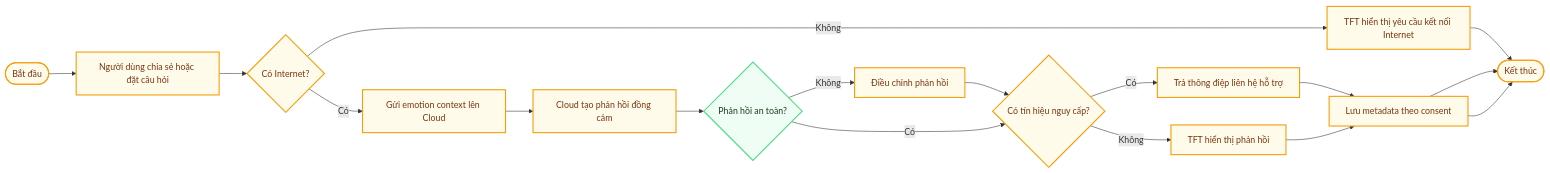
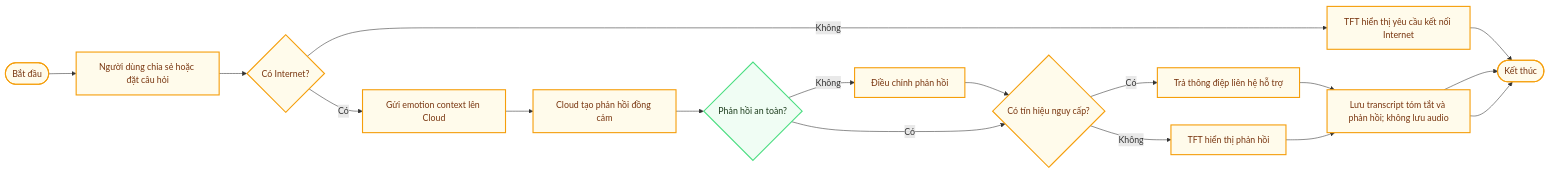
One commit to Computer-Vision-HCMUS/AIoT-Server changed the fifth of 6 diagrams in docs/Spectification/EmotiCareAIoT/03_Objectives.md. Above: the diagram before and after it, drawn with Mermaid. The commit also changed other lines of this file and 37 other files, not shown here.

````diff
--- a/docs/Spectification/EmotiCareAIoT/03_Objectives.md
+++ b/docs/Spectification/EmotiCareAIoT/03_Objectives.md
@@ -364,34 +366,34 @@
 ```mermaid
 flowchart LR
     Start([Bắt đầu])
     Speech["Người dùng chia sẻ hoặc đặt câu hỏi"]
     Online{"Có Internet?"}
     NeedNet["TFT hiển thị yêu cầu kết nối Internet"]
     Send["Gửi emotion context lên Cloud"]
     Generate["Cloud tạo phản hồi đồng cảm"]
     Safety{"Phản hồi an toàn?"}
     Rewrite["Điều chỉnh phản hồi"]
     Crisis{"Có tín hiệu nguy cấp?"}
     Support["Trả thông điệp liên hệ hỗ trợ"]
     Reply["TFT hiển thị phản hồi"]
-    Save["Lưu metadata theo consent"]
+    Save["Lưu transcript tóm tắt và phản hồi; không lưu audio"]
     End([Kết thúc])
 
     Start --> Speech --> Online
     Online -- "Không" --> NeedNet --> End
     Online -- "Có" --> Send --> Generate --> Safety
     Safety -- "Không" --> Rewrite --> Crisis
     Safety -- "Có" --> Crisis
     Crisis -- "Có" --> Support --> Save --> End
     Crisis -- "Không" --> Reply --> Save --> End
 
 
     classDef userNode stroke:#818cf8,fill:#eef2ff,stroke-width:2px,color:#1e1b4b
     classDef edgeNode stroke:#a78bfa,fill:#f5f3ff,stroke-width:2px,color:#2e1065
     classDef cacheNode stroke:#2dd4bf,fill:#f0fdfa,stroke-width:2px,color:#0d5a57
     classDef cloudNode stroke:#38bdf8,fill:#f0f9ff,stroke-width:2px,color:#0c3d67
     classDef serviceNode stroke:#4ade80,fill:#f0fdf4,stroke-width:2px,color:#1a3a1a
     classDef actionNode stroke:#f59e0b,fill:#fffbeb,stroke-width:2px,color:#78350f
     class Safety serviceNode
     class Start,Speech,Online,NeedNet,Send,Generate,Rewrite,Crisis,Support,Reply,Save,End actionNode
 ```
````
